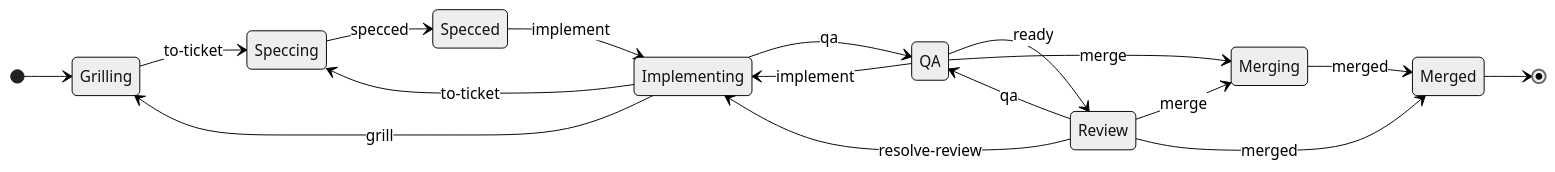
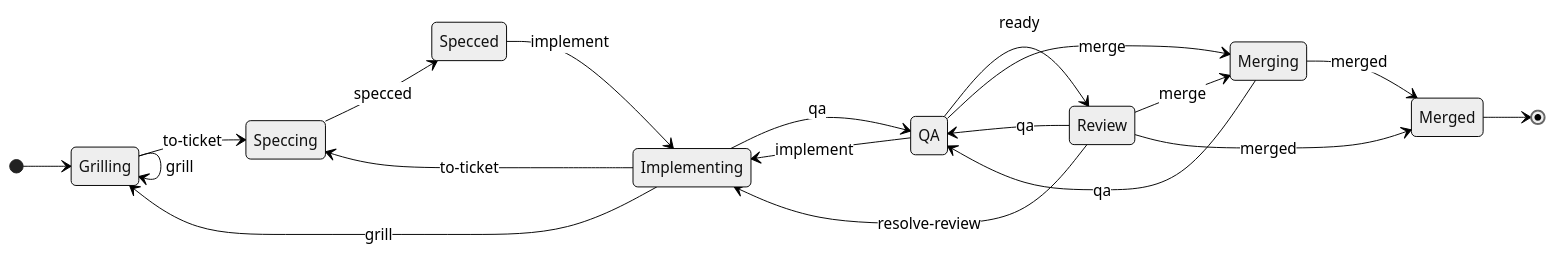
One commit to MartinBernstorff/mb-workflow changed the diagram in docs/flow.md. Above: the diagram before and after it, drawn with Mermaid (neutral theme). The commit also changed 4 other files, not shown here.

Commit message:
feat(flow): allow grill from Grilling and qa from Merging (MB-54)

````diff
--- a/docs/flow.md
+++ b/docs/flow.md
@@ -1,28 +1,30 @@
 ```mermaid
 stateDiagram-v2
     direction LR
     state "Grilling" as grilling
     state "Speccing" as speccing
     state "Specced" as specced
     state "Implementing" as implementing
     state "QA" as qa
     state "Review" as review
     state "Merging" as merging
     state "Merged" as merged
     [*] --> grilling
     merged --> [*]
+    grilling --> grilling : grill
     grilling --> speccing : to-ticket
     speccing --> specced : specced
     specced --> implementing : implement
     implementing --> grilling : grill
     implementing --> speccing : to-ticket
     implementing --> qa : qa
     qa --> implementing : implement
     qa --> review : ready
     qa --> merging : merge
     review --> qa : qa
     review --> merging : merge
     review --> merged : merged
     review --> implementing : resolve-review
+    merging --> qa : qa
     merging --> merged : merged
 ```
````
